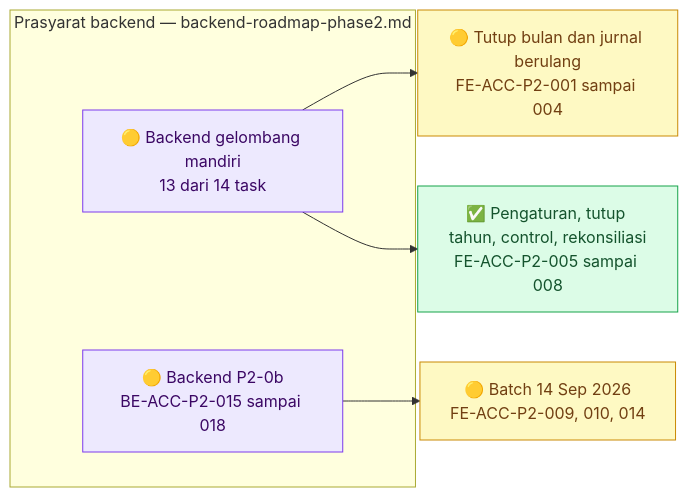
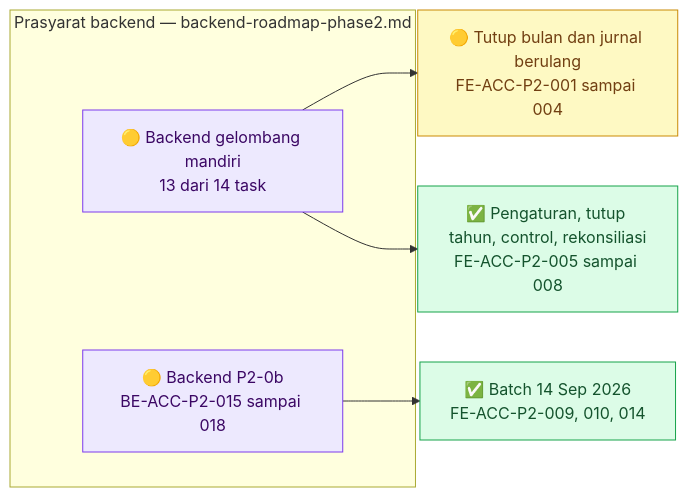
The first of 4 diagrams in docs/module-blueprints/accounting/roadmap/frontend-roadmap-phase2.md (DevBenari/NewQuilvianSystemBackend), drawn with Mermaid before and after one commit. The commit also changed other lines of this file and 8 other files, not shown here.

````diff
--- a/docs/module-blueprints/accounting/roadmap/frontend-roadmap-phase2.md
+++ b/docs/module-blueprints/accounting/roadmap/frontend-roadmap-phase2.md
@@ -40,21 +40,21 @@
 ```mermaid
 flowchart LR
     classDef selesai fill:#DCFCE7,stroke:#16A34A,color:#14532D
     classDef sebagian fill:#FEF9C3,stroke:#CA8A04,color:#713F12
     classDef terblokir fill:#FEE2E2,stroke:#DC2626,color:#7F1D1D
     classDef belum fill:#F1F5F9,stroke:#64748B,color:#0F172A
     classDef luar fill:#EDE9FE,stroke:#7C3AED,color:#3B0764
 
     subgraph backend["Prasyarat backend — backend-roadmap-phase2.md"]
         BMANDIRI["🟡 Backend gelombang mandiri<br/>13 dari 14 task"]:::luar
         BP20B["🟡 Backend P2-0b<br/>BE-ACC-P2-015 sampai 018"]:::luar
     end
 
     FTUTUP["🟡 Tutup bulan dan jurnal berulang<br/>FE-ACC-P2-001 sampai 004"]:::sebagian
     FLAIN["✅ Pengaturan, tutup tahun, control, rekonsiliasi<br/>FE-ACC-P2-005 sampai 008"]:::selesai
-    FBATCH["🟡 Batch 14 Sep 2026<br/>FE-ACC-P2-009, 010, 014"]:::sebagian
+    FBATCH["✅ Batch 14 Sep 2026<br/>FE-ACC-P2-009, 010, 014"]:::selesai
 
     BMANDIRI --> FTUTUP
     BMANDIRI --> FLAIN
     BP20B --> FBATCH
 ```
````
